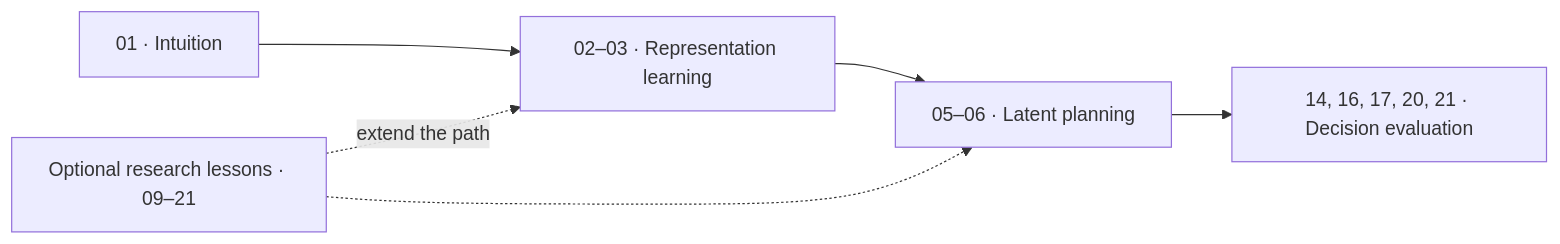
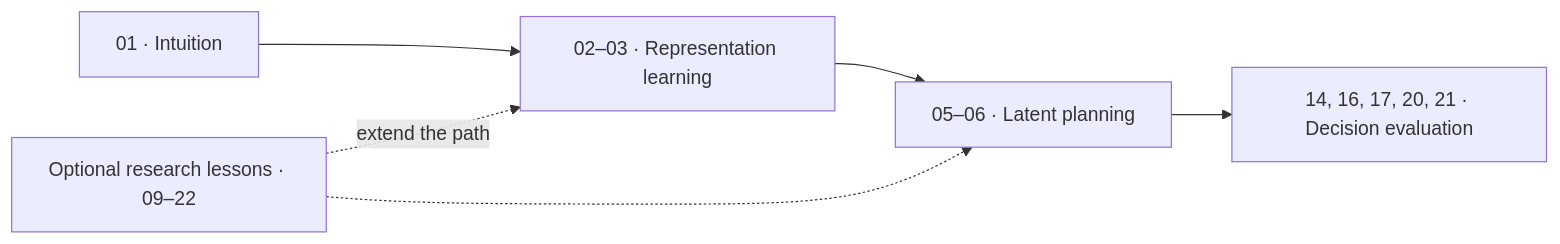
One commit to AbstractLogix/jepa-world-models changed the diagram in README.md. Above: the diagram before and after it, drawn with Mermaid. The commit also changed other lines of this file and 33 other files, not shown here.

````diff
--- a/README.md
+++ b/README.md
@@ -13,8 +13,8 @@
 ```mermaid
 flowchart LR
     A["01 · Intuition"] --> B["02–03 · Representation learning"]
     B --> C["05–06 · Latent planning"]
     C --> D["14, 16, 17, 20, 21 · Decision evaluation"]
-    E["Optional research lessons · 09–21"] -. "extend the path" .-> B
+    E["Optional research lessons · 09–22"] -. "extend the path" .-> B
     E -.-> C
 ```
````
